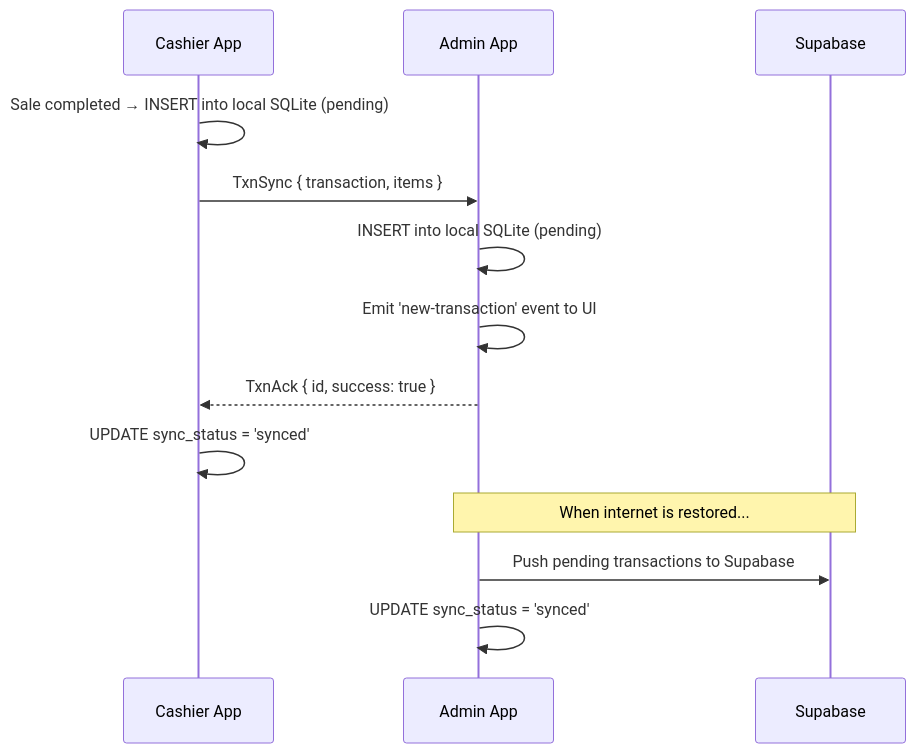
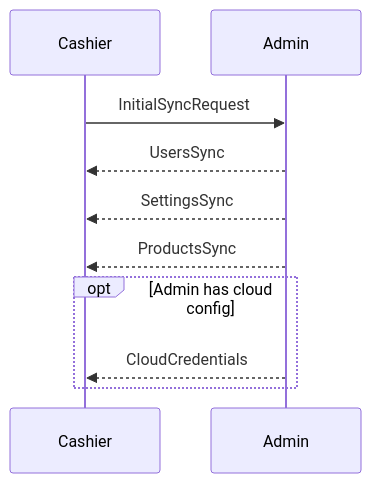
Before and after one commit to BootlegYouki/at-iba-pa-pos: the fifth of 7 diagrams in docs/04-networking.md, drawn with Mermaid. The commit also changed other lines of this file and 10 other files, not shown here.

First line of the commit message:
Refactor user guide and database schema documentation; enhance export reports feature

````diff
--- a/docs/04-networking.md
+++ b/docs/04-networking.md
@@ -191,17 +149,13 @@
 ```mermaid
 sequenceDiagram
-    participant Cashier as Cashier App
-    participant Admin as Admin App
-    participant Cloud as Supabase
+    participant Cashier as Cashier
+    participant Admin as Admin
 
-    Cashier->>Cashier: Sale completed → INSERT into local SQLite (pending)
-    Cashier->>Admin: TxnSync { transaction, items }
-    Admin->>Admin: INSERT into local SQLite (pending)
-    Admin->>Admin: Emit 'new-transaction' event to UI
-    Admin-->>Cashier: TxnAck { id, success: true }
-    Cashier->>Cashier: UPDATE sync_status = 'synced'
-
-    Note over Admin,Cloud: When internet is restored...
-    Admin->>Cloud: Push pending transactions to Supabase
-    Admin->>Admin: UPDATE sync_status = 'synced'
+    Cashier->>Admin: InitialSyncRequest
+    Admin-->>Cashier: UsersSync
+    Admin-->>Cashier: SettingsSync
+    Admin-->>Cashier: ProductsSync
+    opt Admin has cloud config
+        Admin-->>Cashier: CloudCredentials
+    end
 ```
````
